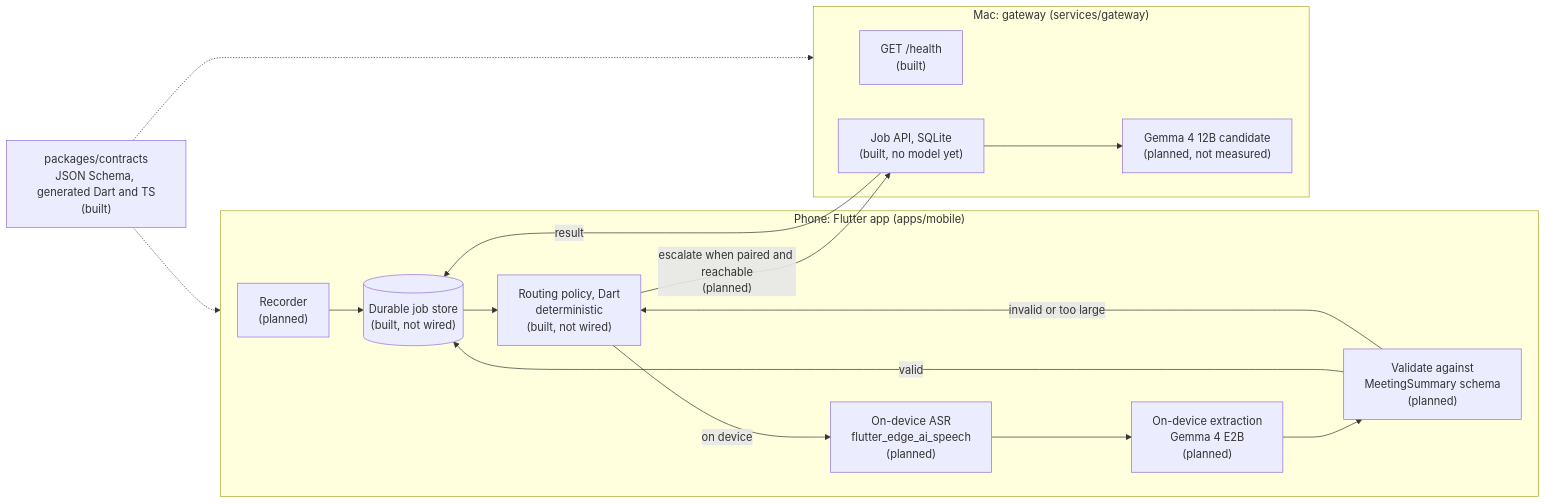
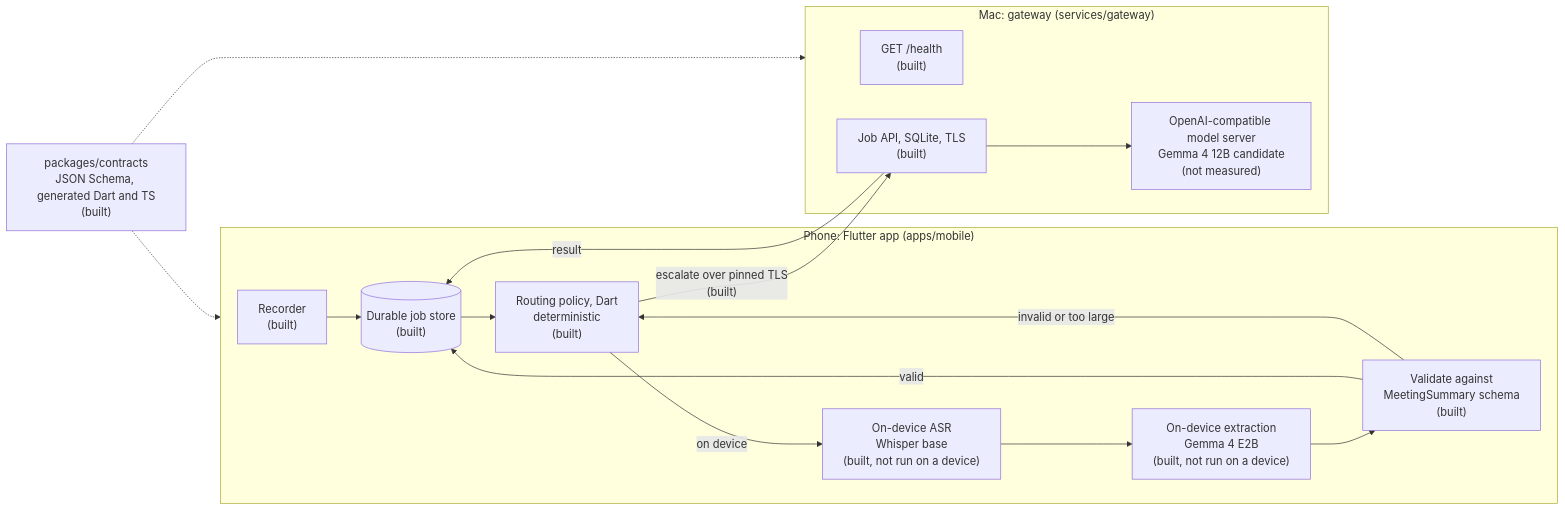
The diagram in docs/architecture.md (rahul14rz/fieldnote-edge), drawn with Mermaid before and after one commit. The commit also changed other lines of this file and 28 other files, not shown here.

Commit message:
feat(mobile): add recording, on-device models, pairing and job screens

````diff
--- a/docs/architecture.md
+++ b/docs/architecture.md
@@ -7,30 +7,30 @@
 ```mermaid
 flowchart LR
   subgraph phone["Phone: Flutter app (apps/mobile)"]
-    rec["Recorder<br/>(planned)"]
-    asr["On-device ASR<br/>flutter_edge_ai_speech<br/>(planned)"]
-    llm["On-device extraction<br/>Gemma 4 E2B<br/>(planned)"]
-    val["Validate against<br/>MeetingSummary schema<br/>(planned)"]
-    route["Routing policy, Dart<br/>deterministic<br/>(built, not wired)"]
-    jobs[("Durable job store<br/>(built, not wired)")]
+    rec["Recorder<br/>(built)"]
+    asr["On-device ASR<br/>Whisper base<br/>(built, not run on a device)"]
+    llm["On-device extraction<br/>Gemma 4 E2B<br/>(built, not run on a device)"]
+    val["Validate against<br/>MeetingSummary schema<br/>(built)"]
+    route["Routing policy, Dart<br/>deterministic<br/>(built)"]
+    jobs[("Durable job store<br/>(built)")]
     rec --> jobs
     jobs --> route
     route -->|on device| asr --> llm --> val
     val -->|valid| jobs
     val -->|invalid or too large| route
   end
 
   subgraph mac["Mac: gateway (services/gateway)"]
     health["GET /health<br/>(built)"]
-    api["Job API, SQLite<br/>(built, no model yet)"]
-    big["Gemma 4 12B candidate<br/>(planned, not measured)"]
+    api["Job API, SQLite, TLS<br/>(built)"]
+    big["OpenAI-compatible model server<br/>Gemma 4 12B candidate<br/>(not measured)"]
     api --> big
   end
 
-  route -->|"escalate when paired and reachable<br/>(planned)"| api
+  route -->|"escalate over pinned TLS<br/>(built)"| api
   api -->|result| jobs
 
   contracts["packages/contracts<br/>JSON Schema, generated Dart and TS<br/>(built)"]
   contracts -.-> phone
   contracts -.-> mac
 ```
````
